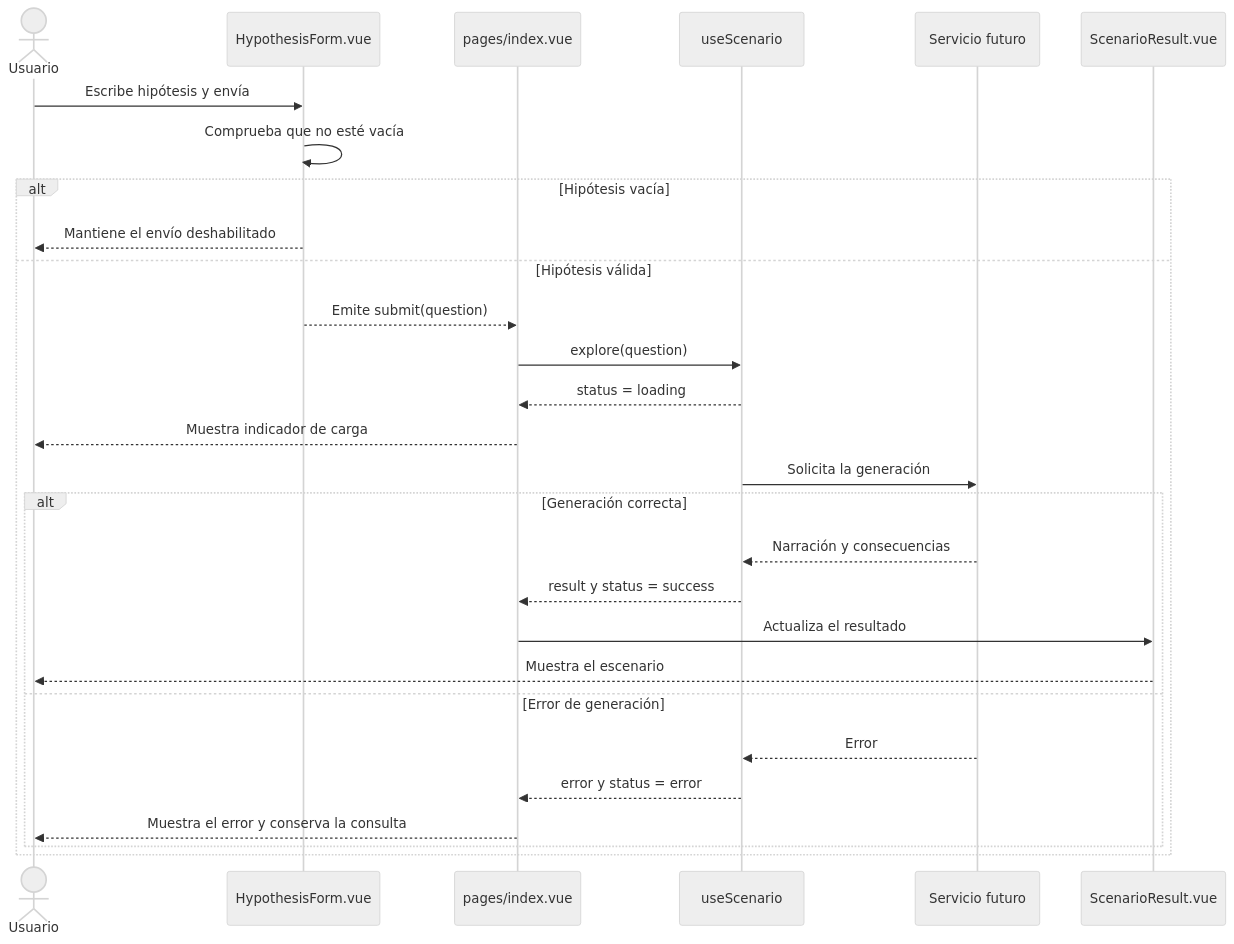
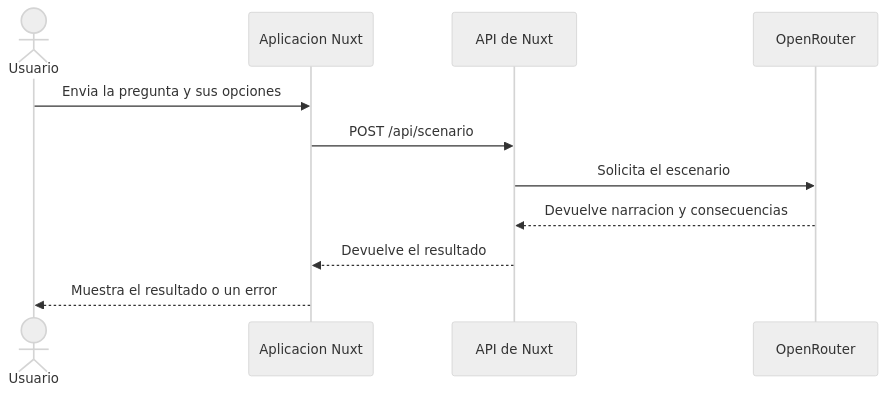
One commit to mariohernandezaa/01appdesarrollo-whatif changed the second of 2 diagrams in README.md. Above: the diagram before and after it, drawn with Mermaid (neutral theme). The commit also changed other lines of this file and 12 other files, not shown here.

Commit message:
Subida IA, Tests, + modificación Timeline (2 días sin subir commit, genio)

````diff
--- a/README.md
+++ b/README.md
@@ -77,31 +42,14 @@
 ```mermaid
 sequenceDiagram
-  actor User as Usuario
-  participant Form as HypothesisForm.vue
-  participant Page as pages/index.vue
-  participant Scenario as useScenario
-  participant API as Servicio futuro
-  participant Result as ScenarioResult.vue
+    actor User as Usuario
+    participant App as Aplicacion Nuxt
+    participant Api as API de Nuxt
+    participant AI as OpenRouter
 
-  User->>Form: Escribe hipótesis y envía
-  Form->>Form: Comprueba que no esté vacía
-  alt Hipótesis vacía
-    Form-->>User: Mantiene el envío deshabilitado
-  else Hipótesis válida
-    Form-->>Page: Emite submit(question)
-    Page->>Scenario: explore(question)
-    Scenario-->>Page: status = loading
-    Page-->>User: Muestra indicador de carga
-    Scenario->>API: Solicita la generación
-    alt Generación correcta
-      API-->>Scenario: Narración y consecuencias
-      Scenario-->>Page: result y status = success
-      Page->>Result: Actualiza el resultado
-      Result-->>User: Muestra el escenario
-    else Error de generación
-      API-->>Scenario: Error
-      Scenario-->>Page: error y status = error
-      Page-->>User: Muestra el error y conserva la consulta
-    end
-  end
+    User->>App: Envia la pregunta y sus opciones
+    App->>Api: POST /api/scenario
+    Api->>AI: Solicita el escenario
+    AI-->>Api: Devuelve narracion y consecuencias
+    Api-->>App: Devuelve el resultado
+    App-->>User: Muestra el resultado o un error
 ```
````
